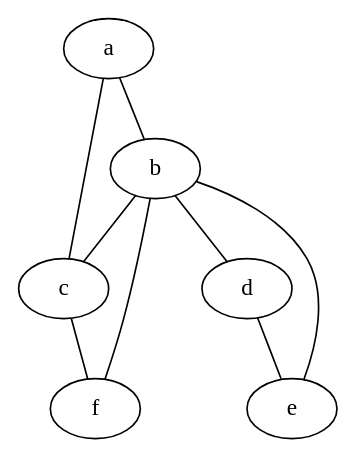
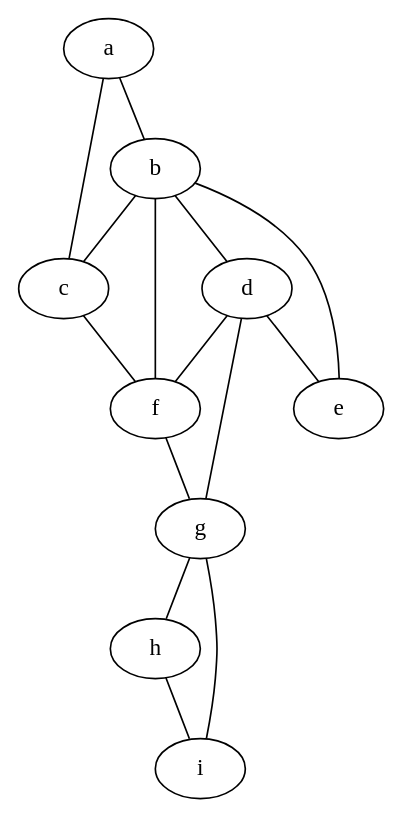
One commit to BastienMonet/saeGraphe2.02 changed the diagram in sae/graph.dot. Above: the diagram before and after it, drawn with Graphviz. The commit also changed 9 other files, not shown here.

```diff
--- a/sae/graph.dot
+++ b/sae/graph.dot
@@ -1,16 +1,25 @@
 strict graph G {
   1 [ label="a" ];
   2 [ label="b" ];
   3 [ label="c" ];
   4 [ label="d" ];
   5 [ label="e" ];
   6 [ label="f" ];
+  7 [ label="g" ];
+  8 [ label="h" ];
+  9 [ label="i" ];
   1 -- 2;
   1 -- 3;
   2 -- 3;
   2 -- 4;
   2 -- 5;
   4 -- 5;
   2 -- 6;
   3 -- 6;
+  7 -- 8;
+  7 -- 9;
+  8 -- 9;
+  4 -- 6;
+  4 -- 7;
+  6 -- 7;
 }
```
